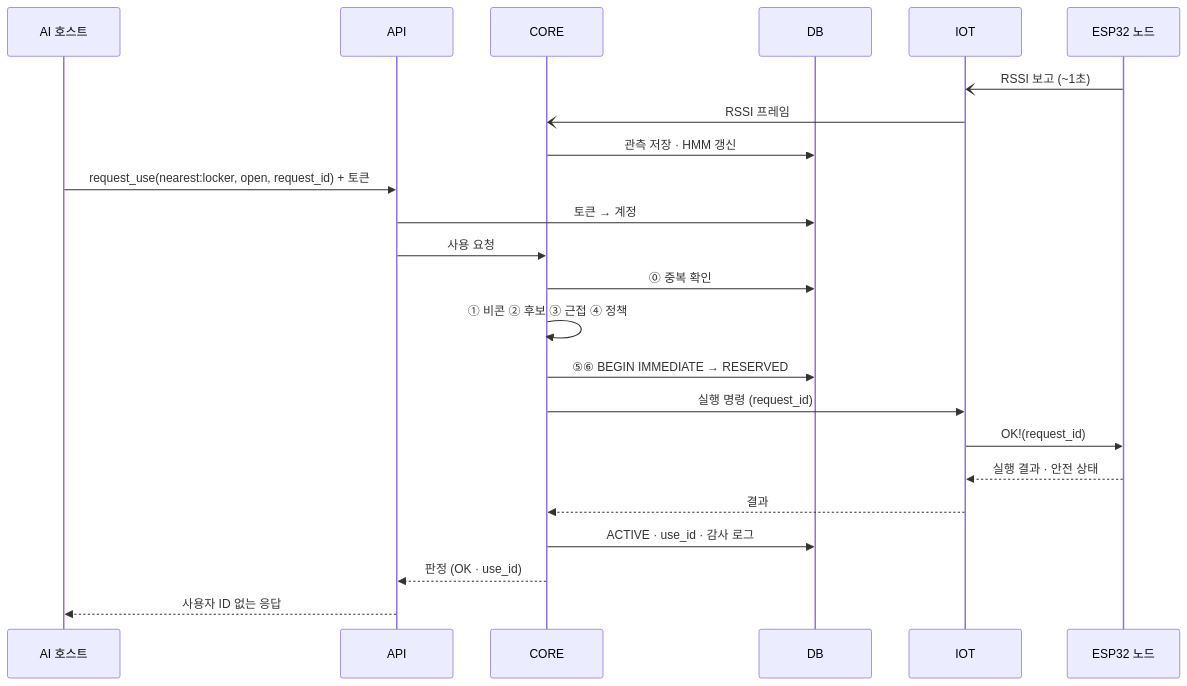
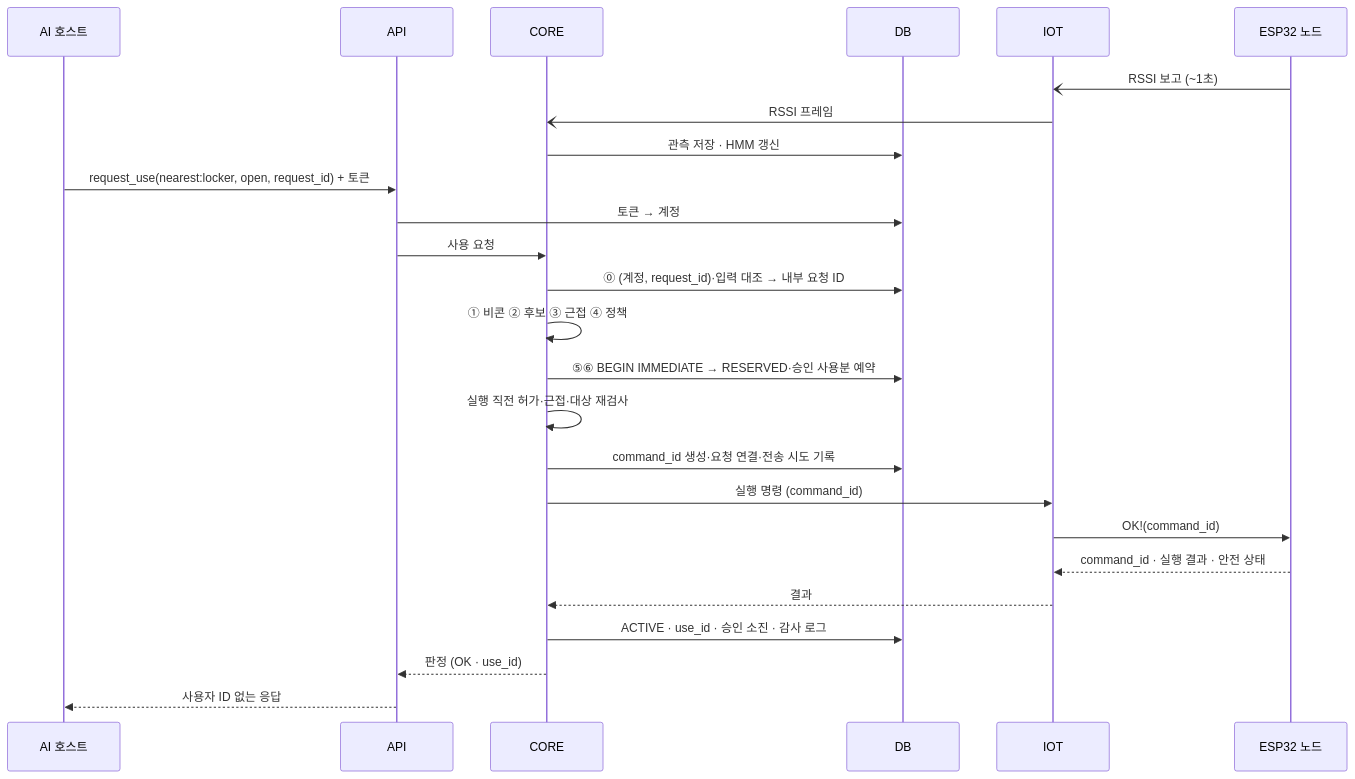
One commit to capstone-itda/nearpilot-server changed the second of 2 diagrams in docs/architecture.md. Above: the diagram before and after it, drawn with Mermaid. The commit also changed other lines of this file and 2 other files, not shown here.

````diff
--- a/docs/architecture.md
+++ b/docs/architecture.md
@@ -113,26 +115,28 @@
 ```mermaid
 sequenceDiagram
     participant H as AI 호스트
     participant A as API
     participant C as CORE
     participant D as DB
     participant I as IOT
     participant N as ESP32 노드
 
     N-)I: RSSI 보고 (~1초)
     I-)C: RSSI 프레임
     C->>D: 관측 저장 · HMM 갱신
     H->>A: request_use(nearest:locker, open, request_id) + 토큰
     A->>D: 토큰 → 계정
     A->>C: 사용 요청
-    C->>D: ⓪ 중복 확인
+    C->>D: ⓪ (계정, request_id)·입력 대조 → 내부 요청 ID
     C->>C: ① 비콘 ② 후보 ③ 근접 ④ 정책
-    C->>D: ⑤⑥ BEGIN IMMEDIATE → RESERVED
-    C->>I: 실행 명령 (request_id)
-    I->>N: OK!(request_id)
-    N-->>I: 실행 결과 · 안전 상태
+    C->>D: ⑤⑥ BEGIN IMMEDIATE → RESERVED·승인 사용분 예약
+    C->>C: 실행 직전 허가·근접·대상 재검사
+    C->>D: command_id 생성·요청 연결·전송 시도 기록
+    C->>I: 실행 명령 (command_id)
+    I->>N: OK!(command_id)
+    N-->>I: command_id · 실행 결과 · 안전 상태
     I-->>C: 결과
-    C->>D: ACTIVE · use_id · 감사 로그
+    C->>D: ACTIVE · use_id · 승인 소진 · 감사 로그
     C-->>A: 판정 (OK · use_id)
     A-->>H: 사용자 ID 없는 응답
 ```
````
